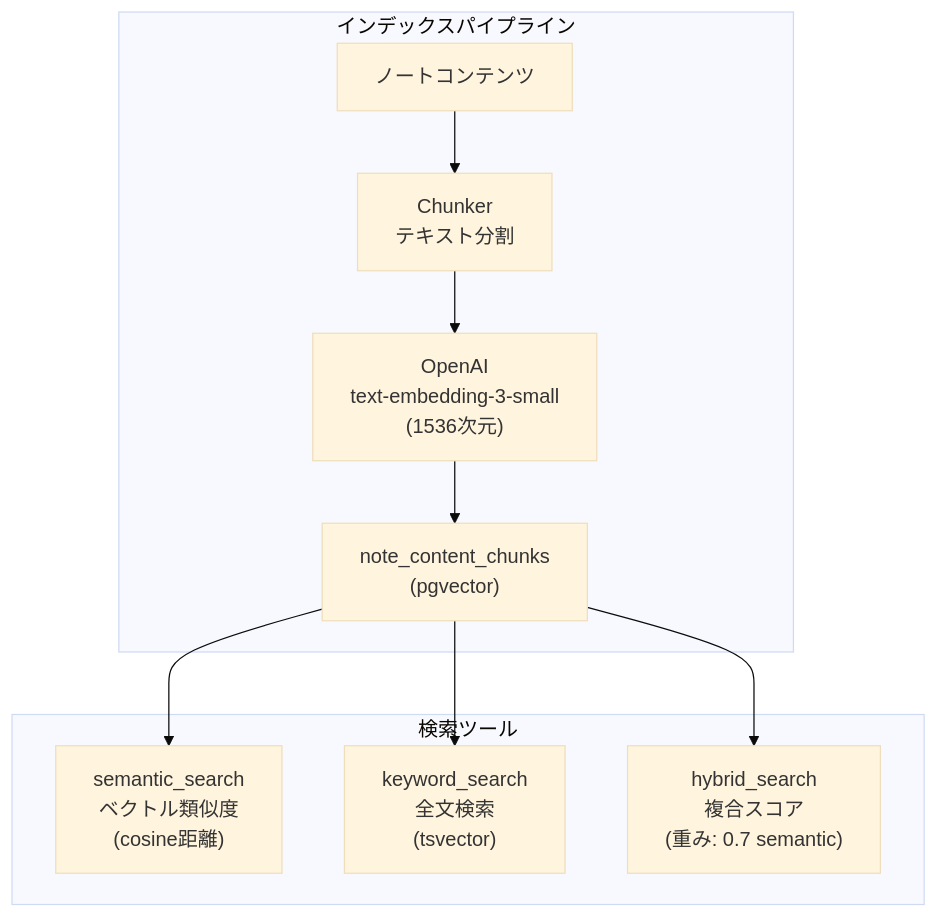
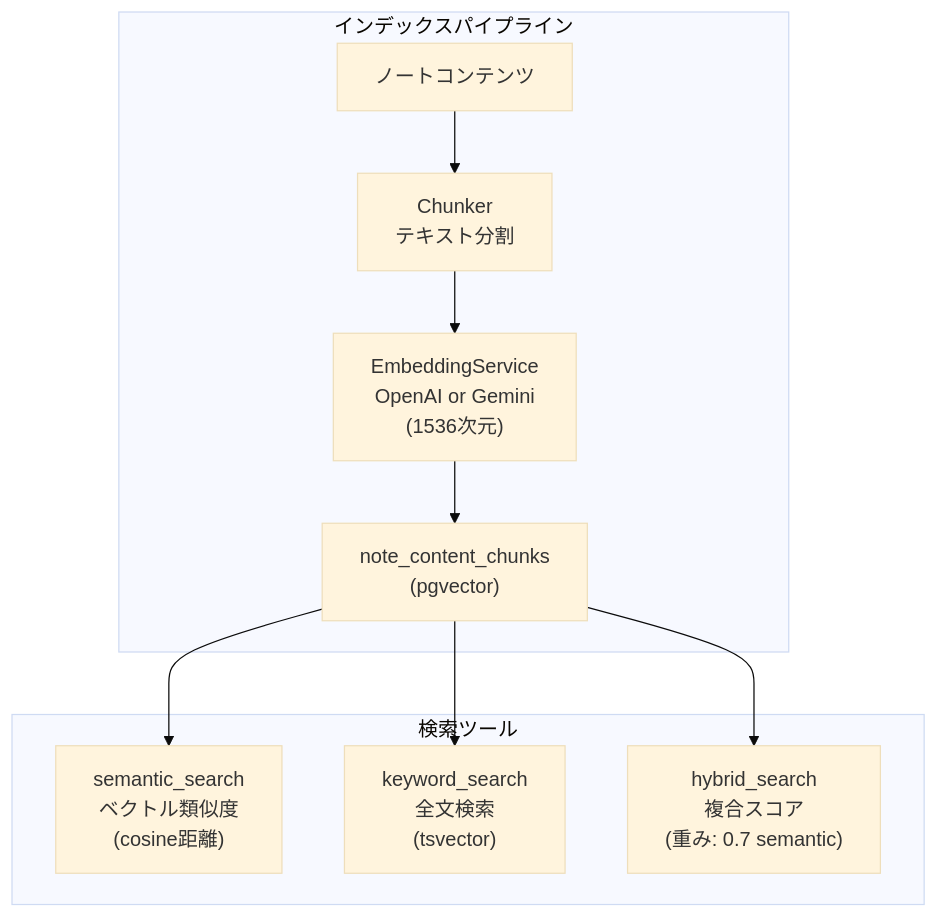
One commit to yu-min3/kensan changed diagram 11 of 13 in kensan-ai/ARCHITECTURE.md. Above: the diagram before and after it, drawn with Mermaid (base theme). The commit also changed other lines of this file and 177 other files, not shown here.

````diff
--- a/kensan-ai/ARCHITECTURE.md
+++ b/kensan-ai/ARCHITECTURE.md
@@ -523,18 +534,18 @@
 ```mermaid
 graph TB
     subgraph "インデックスパイプライン"
         Note["ノートコンテンツ"] --> Chunker["Chunker<br/>テキスト分割"]
-        Chunker --> Embed["OpenAI<br/>text-embedding-3-small<br/>(1536次元)"]
+        Chunker --> Embed["EmbeddingService<br/>OpenAI or Gemini<br/>(1536次元)"]
         Embed --> Store["note_content_chunks<br/>(pgvector)"]
     end
 
     subgraph "検索ツール"
         Semantic["semantic_search<br/>ベクトル類似度<br/>(cosine距離)"]
         Keyword["keyword_search<br/>全文検索<br/>(tsvector)"]
         Hybrid["hybrid_search<br/>複合スコア<br/>(重み: 0.7 semantic)"]
     end
 
     Store --> Semantic
     Store --> Keyword
     Store --> Hybrid
 ```
````
